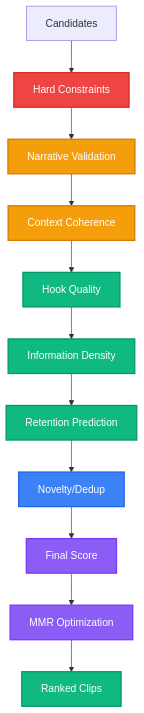
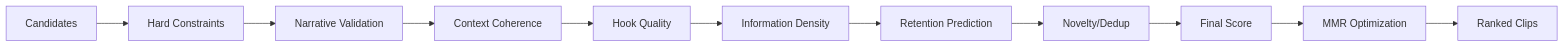
Before and after one commit to samm329-ui/Trimora_v2: diagram 15 of 16 in README.md, drawn with Mermaid. The commit also changed other lines of this file, not shown here.

Commit message:
docs: update README with Deterministic Story Composer documentation and Mermaid diagrams

````diff
--- a/README.md
+++ b/README.md
@@ -1439,24 +1166,13 @@
 ```mermaid
-flowchart TB
+flowchart LR
     C["Candidates"] --> HC["Hard Constraints"]
     HC --> NV["Narrative Validation"]
     NV --> CTX["Context Coherence"]
     CTX --> HQ["Hook Quality"]
     HQ --> ID["Information Density"]
     ID --> RP["Retention Prediction"]
     RP --> ND["Novelty/Dedup"]
     ND --> FINAL["Final Score"]
     FINAL --> MMR["MMR Optimization"]
     MMR --> RANKED["Ranked Clips"]
-
-    style HC fill:#ef4444,color:#fff,stroke:#dc2626,stroke-width:2px
-    style NV fill:#f59e0b,color:#fff,stroke:#d97706,stroke-width:2px
-    style CTX fill:#f59e0b,color:#fff,stroke:#d97706,stroke-width:2px
-    style HQ fill:#10b981,color:#fff,stroke:#059669,stroke-width:2px
-    style ID fill:#10b981,color:#fff,stroke:#059669,stroke-width:2px
-    style RP fill:#10b981,color:#fff,stroke:#059669,stroke-width:2px
-    style ND fill:#3b82f6,color:#fff,stroke:#2563eb,stroke-width:2px
-    style FINAL fill:#8b5cf6,color:#fff,stroke:#7c3aed,stroke-width:2px
-    style MMR fill:#8b5cf6,color:#fff,stroke:#7c3aed,stroke-width:2px
-    style RANKED fill:#10b981,color:#fff,stroke:#059669,stroke-width:2px
 ```
````
